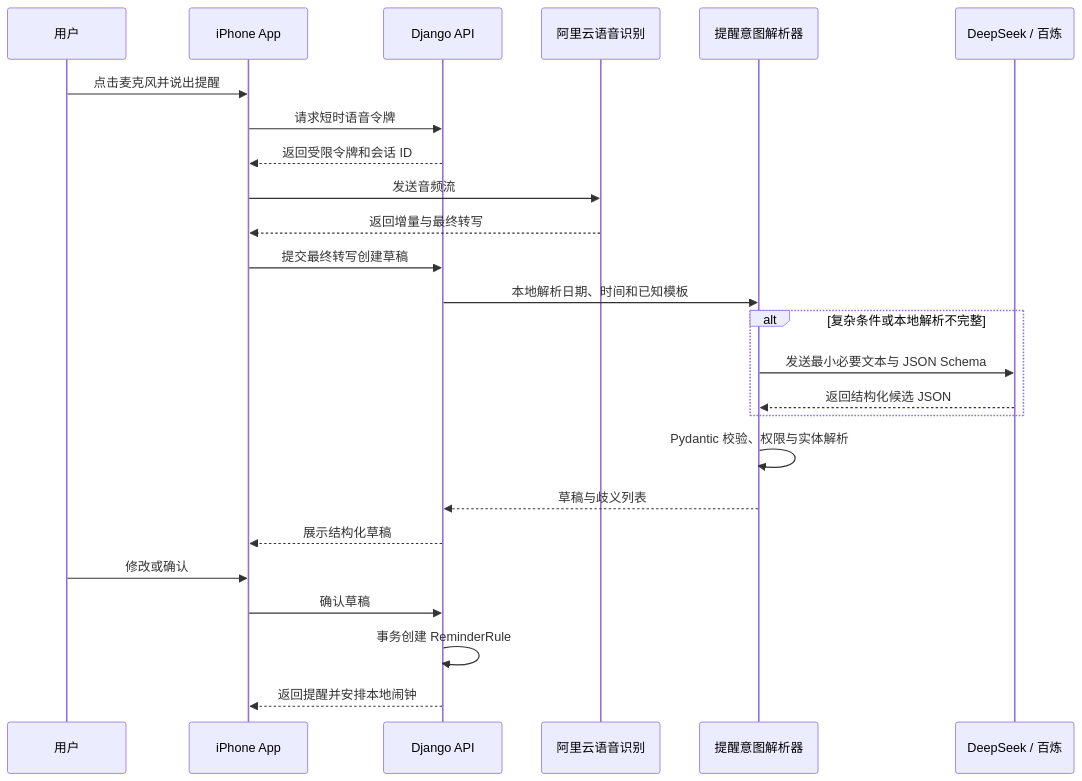
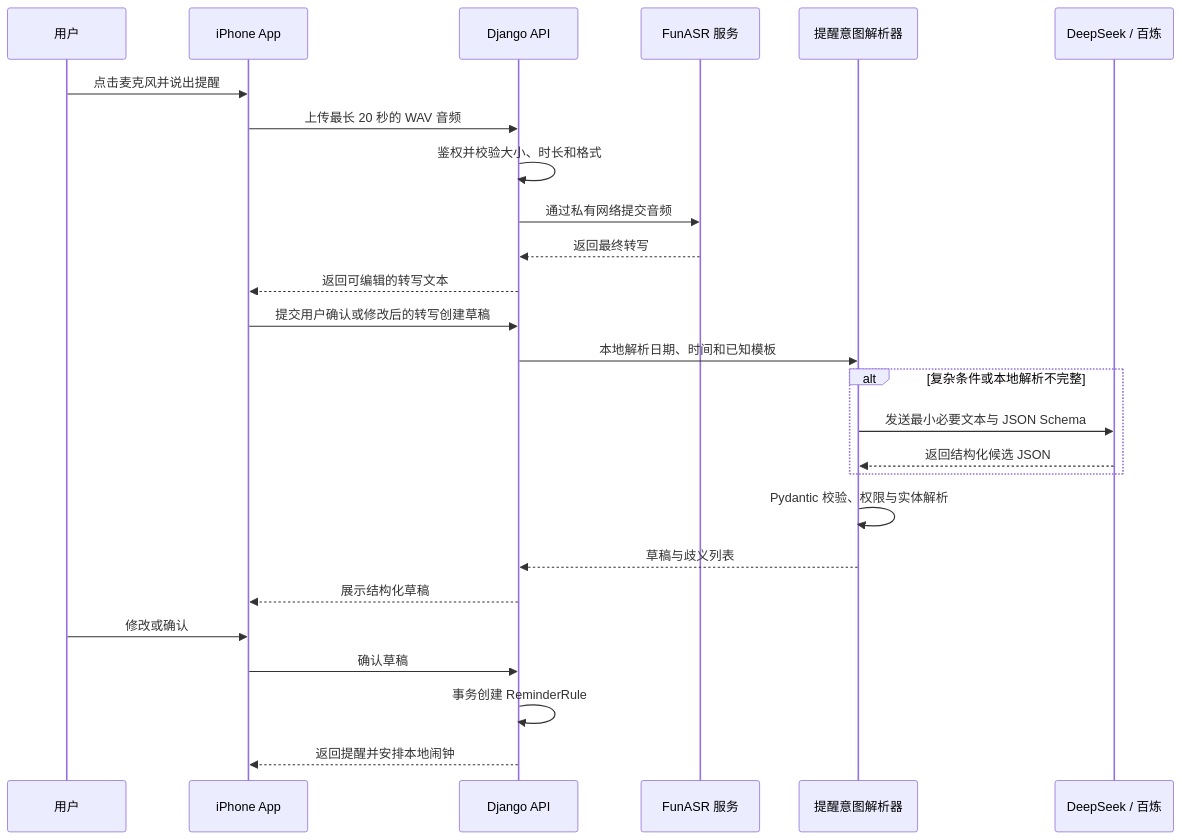
One commit to lewyoung1989-lang/smart-reminder changed the fifth of 5 diagrams in docs/superpowers/specs/2026-08-03-smart-life-reminder-design.md. Above: the diagram before and after it, drawn with Mermaid. The commit also changed other lines of this file and 3 other files, not shown here.

Commit message:
docs: choose self-hosted FunASR for speech recognition

````diff
--- a/docs/superpowers/specs/2026-08-03-smart-life-reminder-design.md
+++ b/docs/superpowers/specs/2026-08-03-smart-life-reminder-design.md
@@ -532,28 +532,29 @@
 ```mermaid
 sequenceDiagram
   participant U as 用户
   participant A as iPhone App
   participant S as Django API
-  participant R as 阿里云语音识别
+  participant R as FunASR 服务
   participant P as 提醒意图解析器
   participant D as DeepSeek / 百炼
 
   U->>A: 点击麦克风并说出提醒
-  A->>S: 请求短时语音令牌
-  S-->>A: 返回受限令牌和会话 ID
-  A->>R: 发送音频流
-  R-->>A: 返回增量与最终转写
-  A->>S: 提交最终转写创建草稿
+  A->>S: 上传最长 20 秒的 WAV 音频
+  S->>S: 鉴权并校验大小、时长和格式
+  S->>R: 通过私有网络提交音频
+  R-->>S: 返回最终转写
+  S-->>A: 返回可编辑的转写文本
+  A->>S: 提交用户确认或修改后的转写创建草稿
   S->>P: 本地解析日期、时间和已知模板
   alt 复杂条件或本地解析不完整
     P->>D: 发送最小必要文本与 JSON Schema
     D-->>P: 返回结构化候选 JSON
   end
   P->>P: Pydantic 校验、权限与实体解析
   P-->>S: 草稿与歧义列表
   S-->>A: 展示结构化草稿
   U->>A: 修改或确认
   A->>S: 确认草稿
   S->>S: 事务创建 ReminderRule
   S-->>A: 返回提醒并安排本地闹钟
 ```
````
